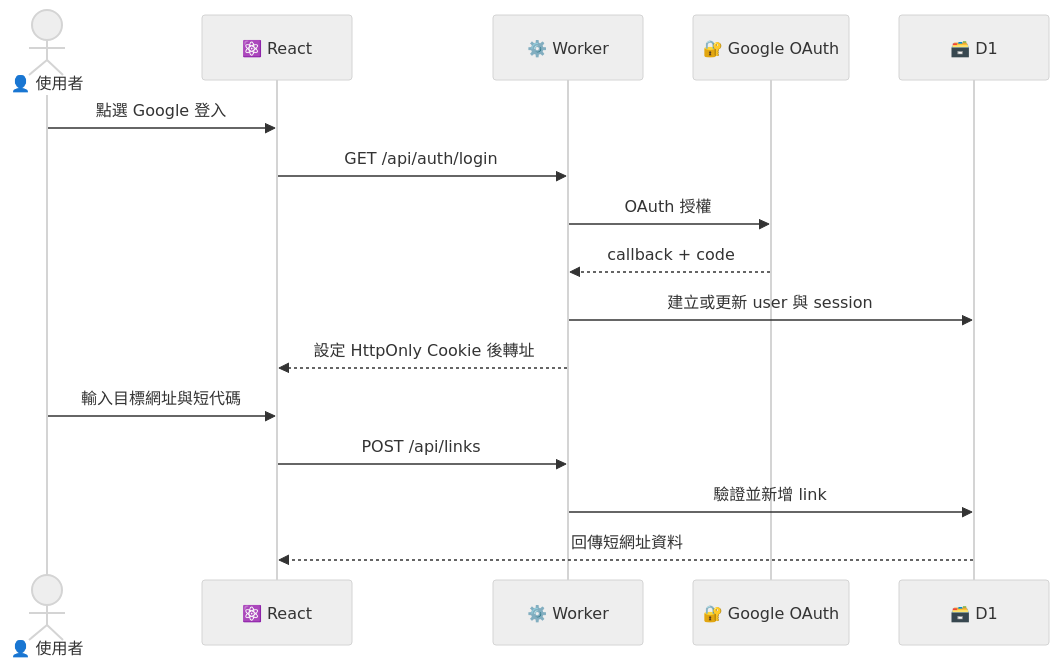
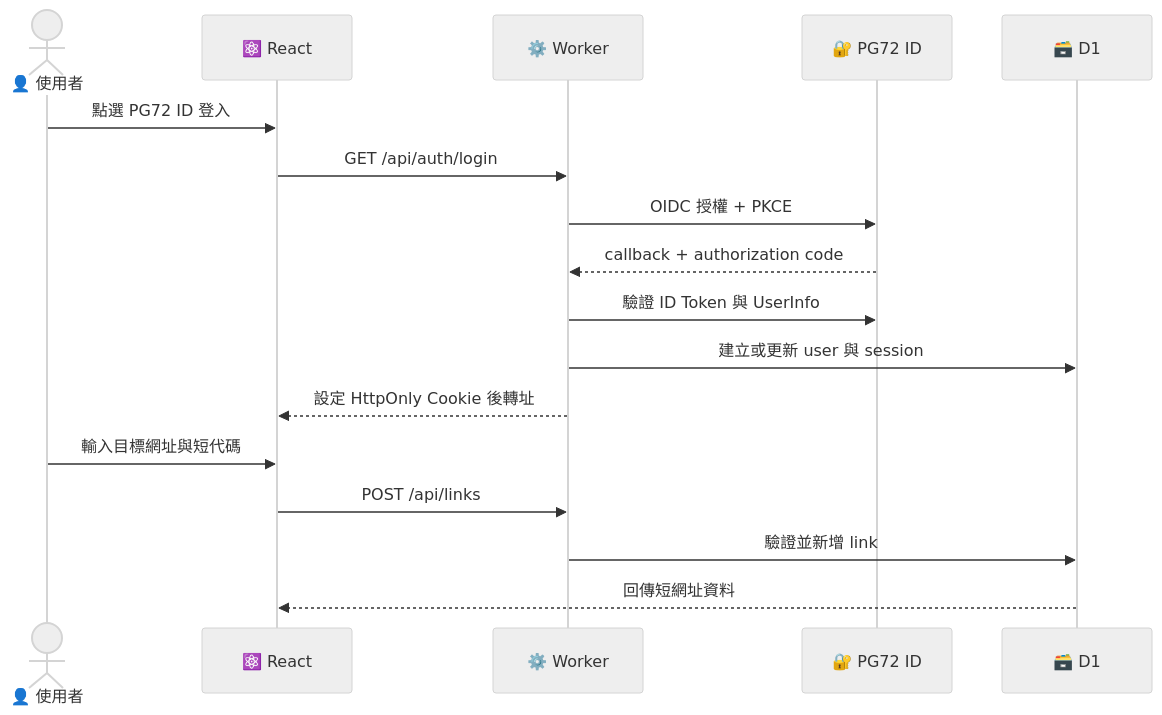
The third of 3 diagrams in README.md (PGpenguin72/link-short), drawn with Mermaid (neutral theme) before and after one commit. The commit also changed other lines of this file and 1 other file, not shown here.

First line of the commit message:
Update docs for PG72 ID OIDC login and preview environment

````diff
--- a/README.md
+++ b/README.md
@@ -65,19 +65,20 @@
 ```mermaid
 sequenceDiagram
     actor User as 👤 使用者
     participant App as ⚛️ React
     participant Worker as ⚙️ Worker
-    participant Google as 🔐 Google OAuth
+    participant ID as 🔐 PG72 ID
     participant D1 as 🗃️ D1
 
-    User->>App: 點選 Google 登入
+    User->>App: 點選 PG72 ID 登入
     App->>Worker: GET /api/auth/login
-    Worker->>Google: OAuth 授權
-    Google-->>Worker: callback + code
+    Worker->>ID: OIDC 授權 + PKCE
+    ID-->>Worker: callback + authorization code
+    Worker->>ID: 驗證 ID Token 與 UserInfo
     Worker->>D1: 建立或更新 user 與 session
     Worker-->>App: 設定 HttpOnly Cookie 後轉址
     User->>App: 輸入目標網址與短代碼
     App->>Worker: POST /api/links
     Worker->>D1: 驗證並新增 link
     D1-->>App: 回傳短網址資料
 ```
````
